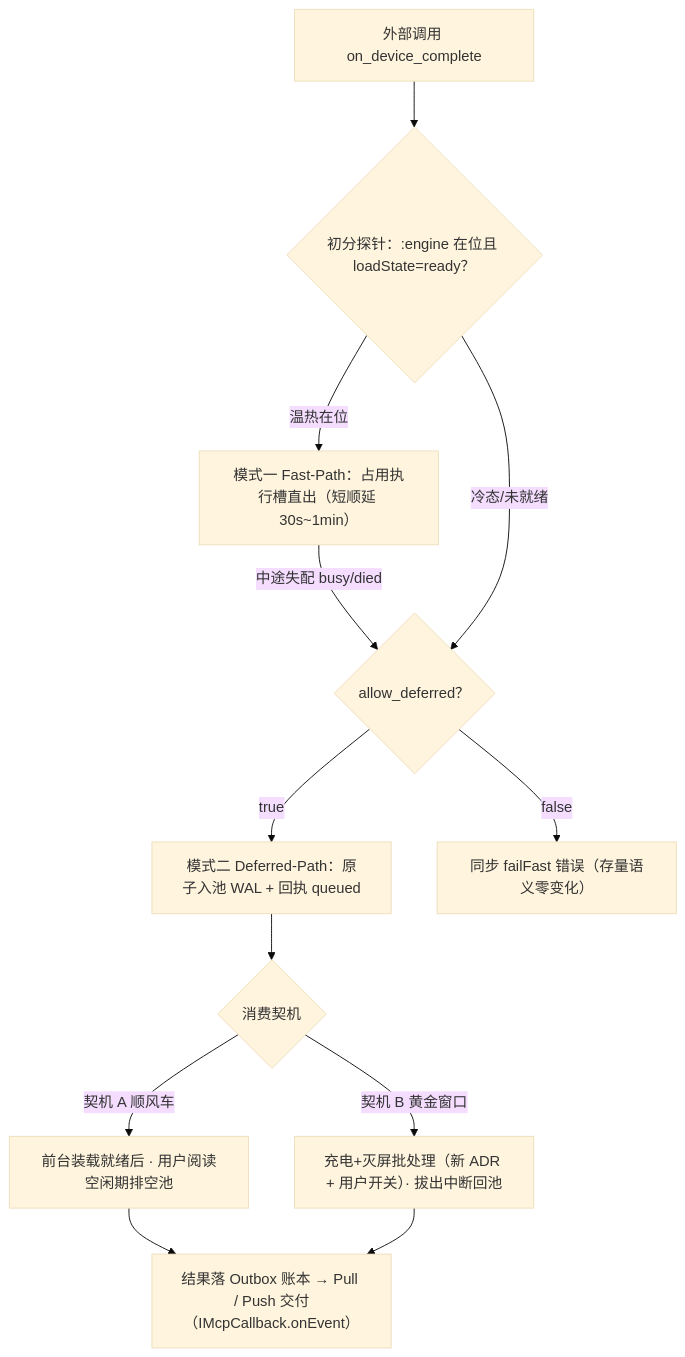
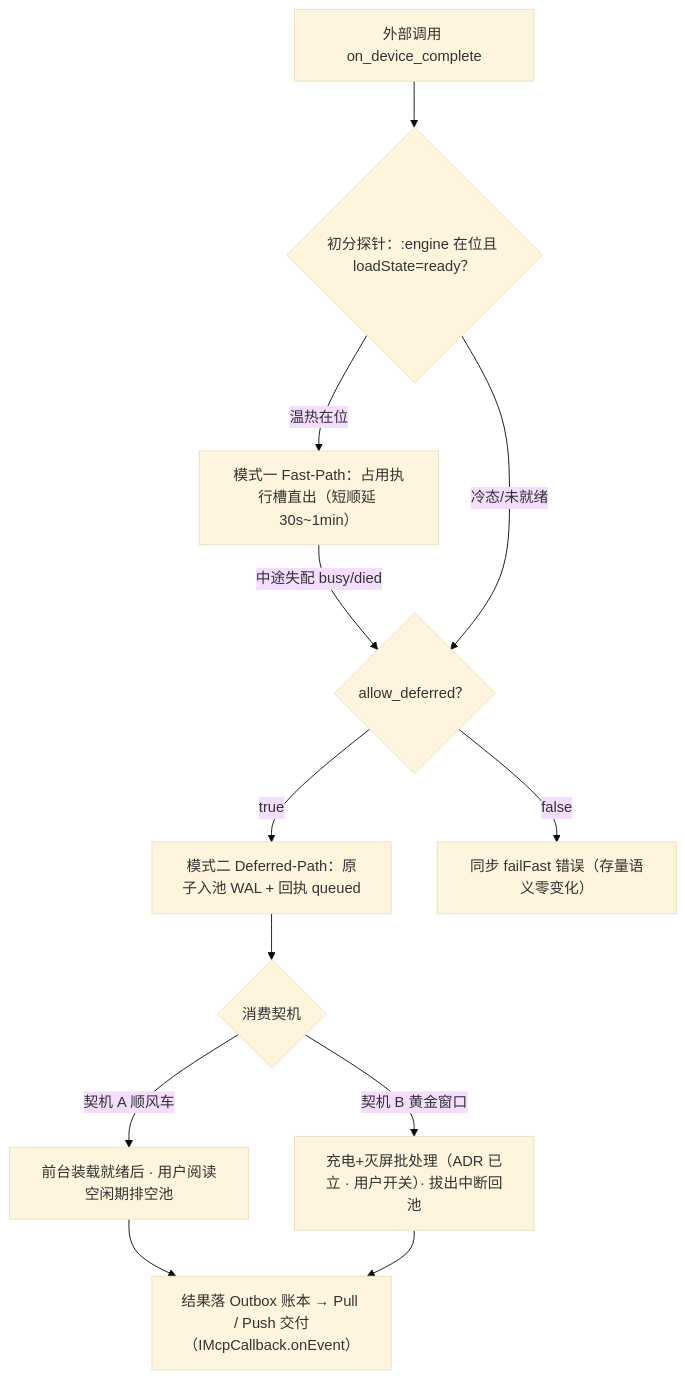
The diagram in docs/design/on-device-residency.md (loveheng/goodhub), drawn with Mermaid (base theme) before and after one commit. The commit also changed other lines of this file and 5 other files, not shown here.

````diff
--- a/docs/design/on-device-residency.md
+++ b/docs/design/on-device-residency.md
@@ -117,14 +117,14 @@
 ```mermaid
 flowchart TD
     A["外部调用 on_device_complete"] --> B{"初分探针：:engine 在位且 loadState=ready？"}
     B -- 温热在位 --> C["模式一 Fast-Path：占用执行槽直出（短顺延 30s~1min）"]
     C -- "中途失配 busy/died" --> D{"allow_deferred？"}
     B -- "冷态/未就绪" --> D
     D -- "true" --> E["模式二 Deferred-Path：原子入池 WAL + 回执 queued"]
     D -- "false" --> F["同步 failFast 错误（存量语义零变化）"]
     E --> G{"消费契机"}
     G -- "契机 A 顺风车" --> H["前台装载就绪后 · 用户阅读空闲期排空池"]
-    G -- "契机 B 黄金窗口" --> I["充电+灭屏批处理（新 ADR + 用户开关）· 拔出中断回池"]
+    G -- "契机 B 黄金窗口" --> I["充电+灭屏批处理（ADR 已立 · 用户开关）· 拔出中断回池"]
     H --> J["结果落 Outbox 账本 → Pull / Push 交付（IMcpCallback.onEvent）"]
     I --> J
 ```
````
